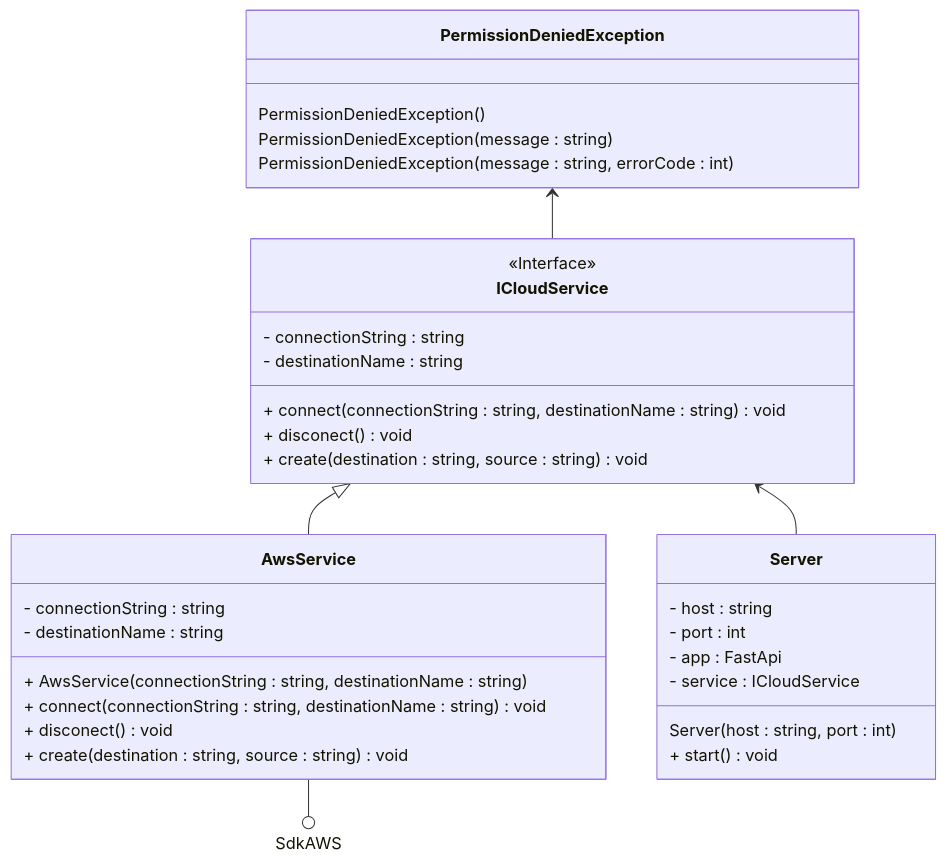
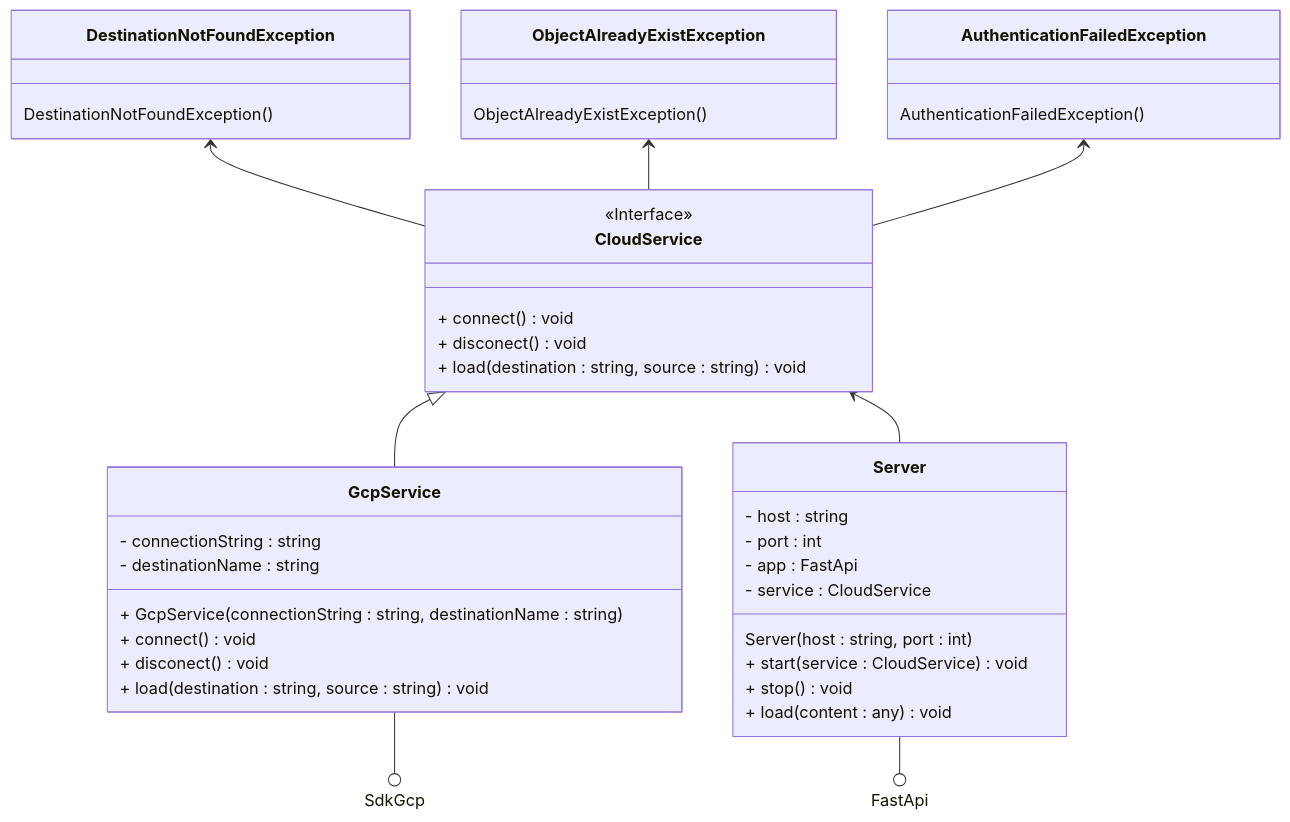
One commit to CPNV-ES-BI1-SBB/EXTERNAL-SOURCE-LOAD-DATALAKE changed the diagram in docs/class_diagram.md. Above: the diagram before and after it, drawn with Mermaid. The commit also changed 1 other file, not shown here.

Commit message:
docs: update class diagram and add chosen technologies document

`````diff
--- a/docs/class_diagram.md
+++ b/docs/class_diagram.md
@@ -1,45 +1,53 @@
 ````mermaid
 classDiagram
-    class ICloudService {
-        <<Interface>>
-        - connectionString : string
-        - destinationName : string
-        
-        + connect(connectionString : string, destinationName : string) void
+    class CloudService {
+        <<Interface>>        
+        + connect() void
         + disconect() void
-        + create(destination : string, source : string) void
+        + load(destination : string, source : string) void
     }
     
-    ICloudService <|-- AwsService
-    class AwsService {
+    CloudService <|-- GcpService
+    class GcpService {
         - connectionString : string
         - destinationName : string
 
-        + AwsService(connectionString : string, destinationName : string)
-        + connect(connectionString : string, destinationName : string) void 
+        + GcpService(connectionString : string, destinationName : string)
+        + connect() void 
         + disconect() void
-        + create(destination : string, source : string) void        
+        + load(destination : string, source : string) void        
     }
     
     
-    ICloudService <-- Server 
+    CloudService <-- Server
     class Server {
         - host : string
         - port : int 
         - app : FastApi
-        - service : ICloudService
+        - service : CloudService
 
         Server(host : string, port : int)
-        + start() void
+        + start(service : CloudService) void
+        + stop() void
+        + load(content : any) void
     }
     
-    PermissionDeniedException <-- ICloudService
-    class PermissionDeniedException {
-        PermissionDeniedException()
-        PermissionDeniedException(message : string)
-        PermissionDeniedException(message : string, errorCode : int )
+    DestinationNotFoundException <-- CloudService
+    class DestinationNotFoundException {
+        DestinationNotFoundException()
+    }
+    
+    ObjectAlreadyExistException <-- CloudService
+    class ObjectAlreadyExistException {
+        ObjectAlreadyExistException()
+    }
+    
+    AuthenticationFailedException <-- CloudService
+    class AuthenticationFailedException {
+        AuthenticationFailedException()
     }
 
-    AwsService --() SdkAWS
+    GcpService --() SdkGcp
+    Server --() FastApi
     
 ````
`````
